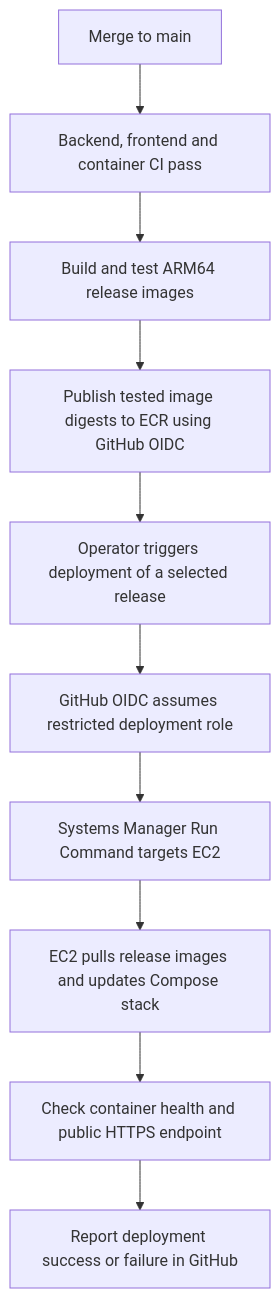
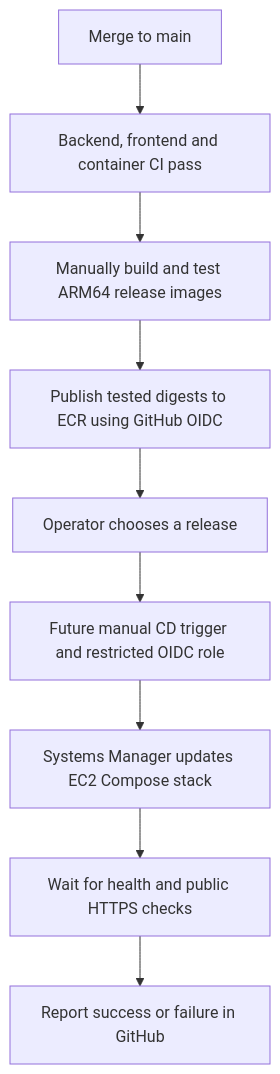
Before and after one commit to mohsammarraie/bus-management-system: the diagram in docs/aws-deployment.md, drawn with Mermaid. The commit also changed other lines of this file and 11 other files, not shown here.

Commit message:
feat: add reproducible manual AWS deployment setup

````diff
--- a/docs/aws-deployment.md
+++ b/docs/aws-deployment.md
@@ -19,12 +271,11 @@
 ```mermaid
 flowchart TD
     A[Merge to main] --> B[Backend, frontend and container CI pass]
-    B --> C[Build and test ARM64 release images]
-    C --> D[Publish tested image digests to ECR using GitHub OIDC]
-    D --> E[Operator triggers deployment of a selected release]
-    E --> F[GitHub OIDC assumes restricted deployment role]
-    F --> G[Systems Manager Run Command targets EC2]
-    G --> H[EC2 pulls release images and updates Compose stack]
-    H --> I[Check container health and public HTTPS endpoint]
-    I --> J[Report deployment success or failure in GitHub]
+    B --> C[Manually build and test ARM64 release images]
+    C --> D[Publish tested digests to ECR using GitHub OIDC]
+    D --> E[Operator chooses a release]
+    E --> F[Future manual CD trigger and restricted OIDC role]
+    F --> G[Systems Manager updates EC2 Compose stack]
+    G --> H[Wait for health and public HTTPS checks]
+    H --> I[Report success or failure in GitHub]
 ```
````
